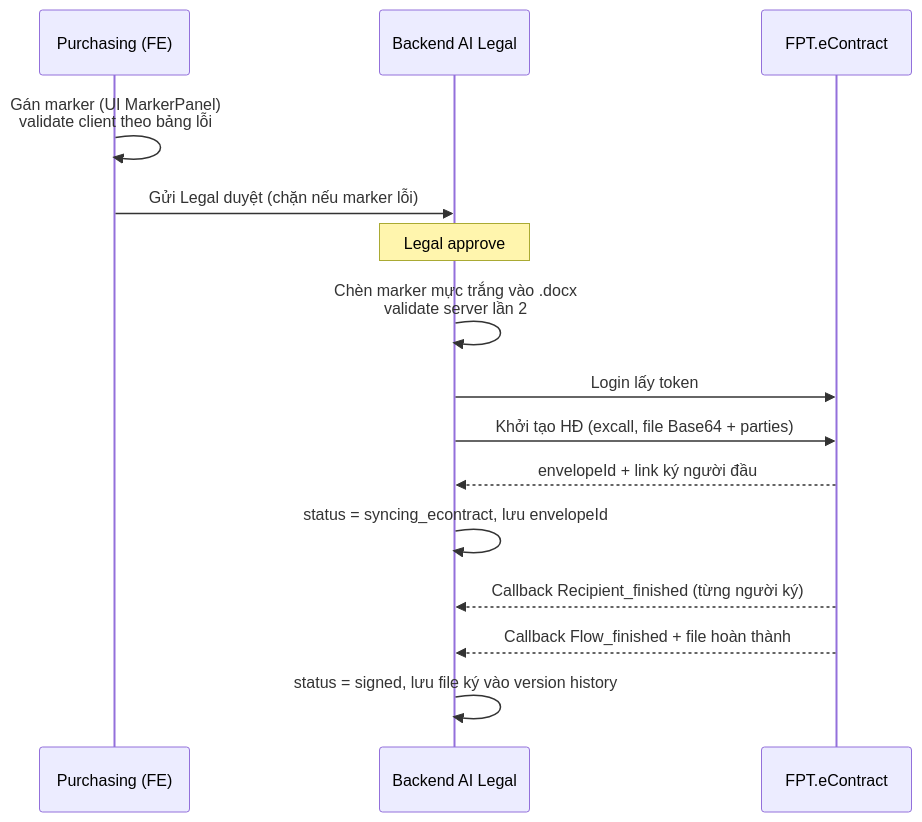
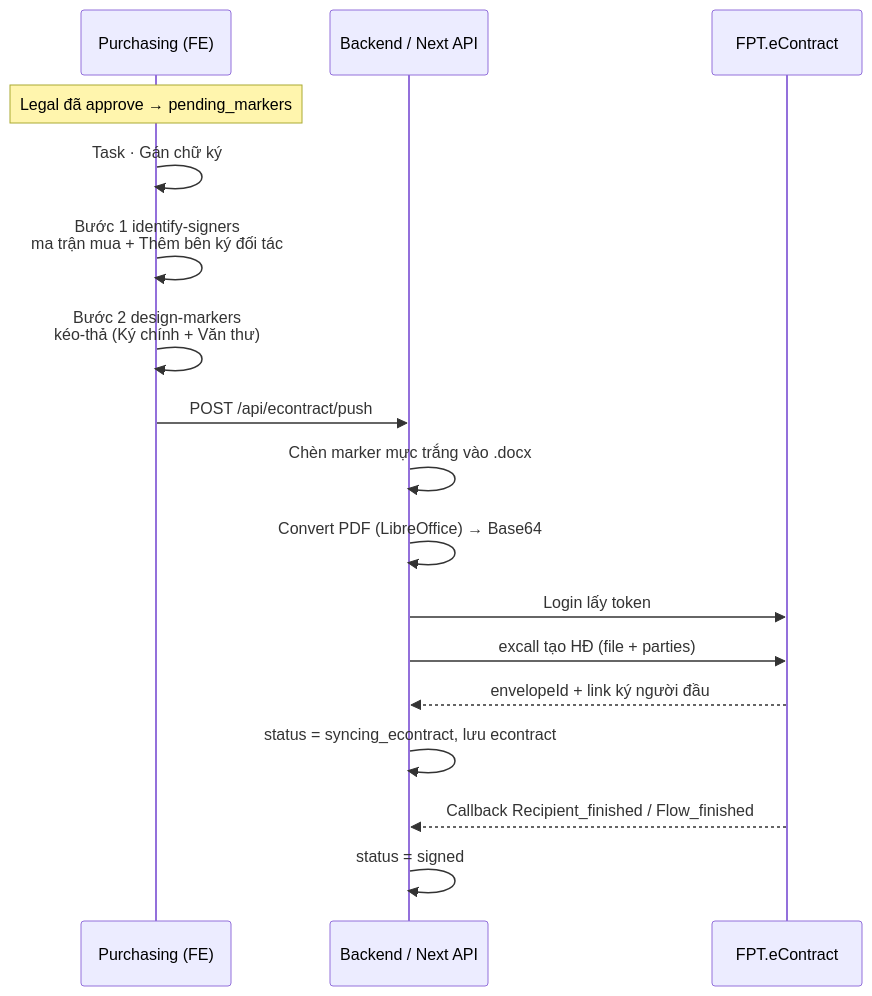
One commit to aidevvinhtuong/AI_Legal changed the diagram in docs/requirements-alignment/07-econtract-integration.md. Above: the diagram before and after it, drawn with Mermaid. The commit also changed other lines of this file and 34 other files, not shown here.

````diff
--- a/docs/requirements-alignment/07-econtract-integration.md
+++ b/docs/requirements-alignment/07-econtract-integration.md
@@ -62,18 +62,20 @@
 ```mermaid
 sequenceDiagram
     participant P as Purchasing (FE)
-    participant BE as Backend AI Legal
+    participant BE as Backend / Next API
     participant EC as FPT.eContract
 
-    P->>P: Gán marker (UI MarkerPanel)<br/>validate client theo bảng lỗi
-    P->>BE: Gửi Legal duyệt (chặn nếu marker lỗi)
-    Note over BE: Legal approve
-    BE->>BE: Chèn marker mực trắng vào .docx<br/>validate server lần 2
+    Note over P: Legal đã approve → pending_markers
+    P->>P: Task · Gán chữ ký
+    P->>P: Bước 1 identify-signers<br/>ma trận mua + Thêm bên ký đối tác
+    P->>P: Bước 2 design-markers<br/>kéo-thả (Ký chính + Văn thư)
+    P->>BE: POST /api/econtract/push
+    BE->>BE: Chèn marker mực trắng vào .docx
+    BE->>BE: Convert PDF (LibreOffice) → Base64
     BE->>EC: Login lấy token
-    BE->>EC: Khởi tạo HĐ (excall, file Base64 + parties)
+    BE->>EC: excall tạo HĐ (file + parties)
     EC-->>BE: envelopeId + link ký người đầu
-    BE->>BE: status = syncing_econtract, lưu envelopeId
-    EC-->>BE: Callback Recipient_finished (từng người ký)
-    EC-->>BE: Callback Flow_finished + file hoàn thành
-    BE->>BE: status = signed, lưu file ký vào version history
+    BE->>BE: status = syncing_econtract, lưu econtract
+    EC-->>BE: Callback Recipient_finished / Flow_finished
+    BE->>BE: status = signed
 ```
````
